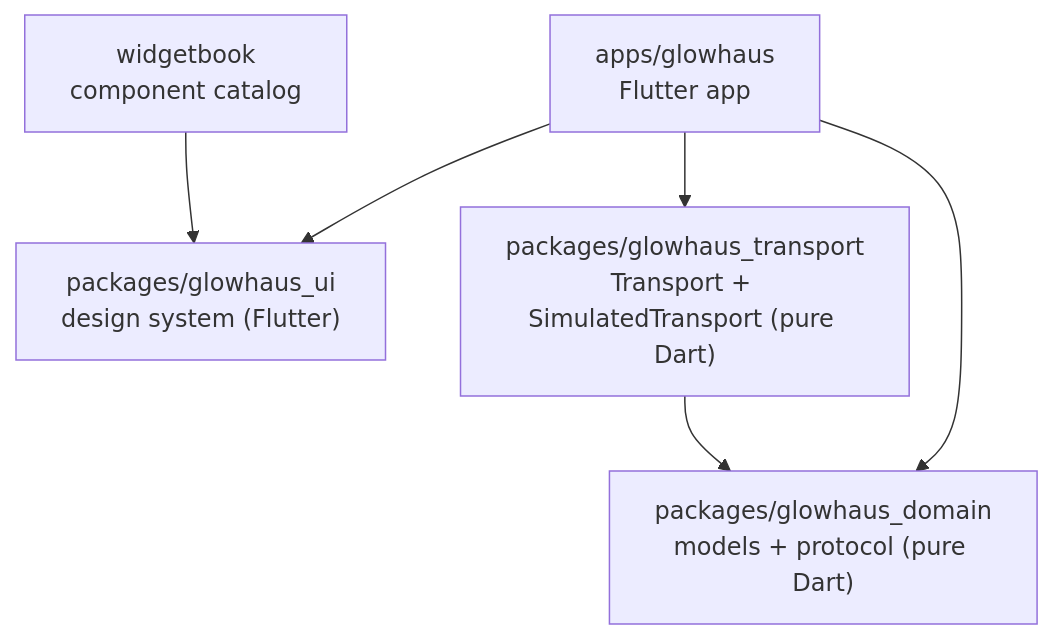
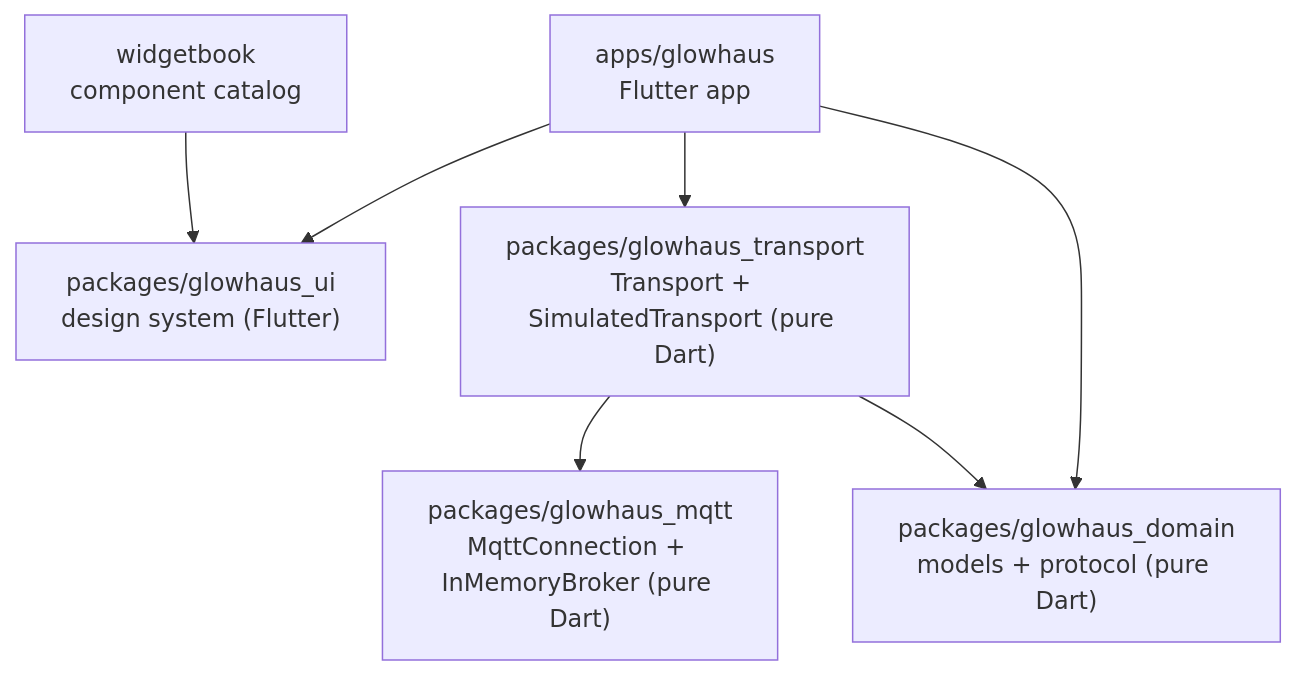
One commit to DannyMohajer/glowhaus changed the first of 2 diagrams in docs/architecture.md. Above: the diagram before and after it, drawn with Mermaid. The commit also changed other lines of this file and 9 other files, not shown here.

First line of the commit message:
feat(mqtt): MqttConnection interface and InMemoryBroker (milestone 3, step 1)

````diff
--- a/docs/architecture.md
+++ b/docs/architecture.md
@@ -10,14 +10,16 @@
 ```mermaid
 graph TD
   app["apps/glowhaus<br/>Flutter app"]
   wb["widgetbook<br/>component catalog"]
   ui["packages/glowhaus_ui<br/>design system (Flutter)"]
   transport["packages/glowhaus_transport<br/>Transport + SimulatedTransport (pure Dart)"]
+  mqtt["packages/glowhaus_mqtt<br/>MqttConnection + InMemoryBroker (pure Dart)"]
   domain["packages/glowhaus_domain<br/>models + protocol (pure Dart)"]
 
   app --> ui
   app --> transport
   app --> domain
   wb --> ui
   transport --> domain
+  transport --> mqtt
 ```
````
